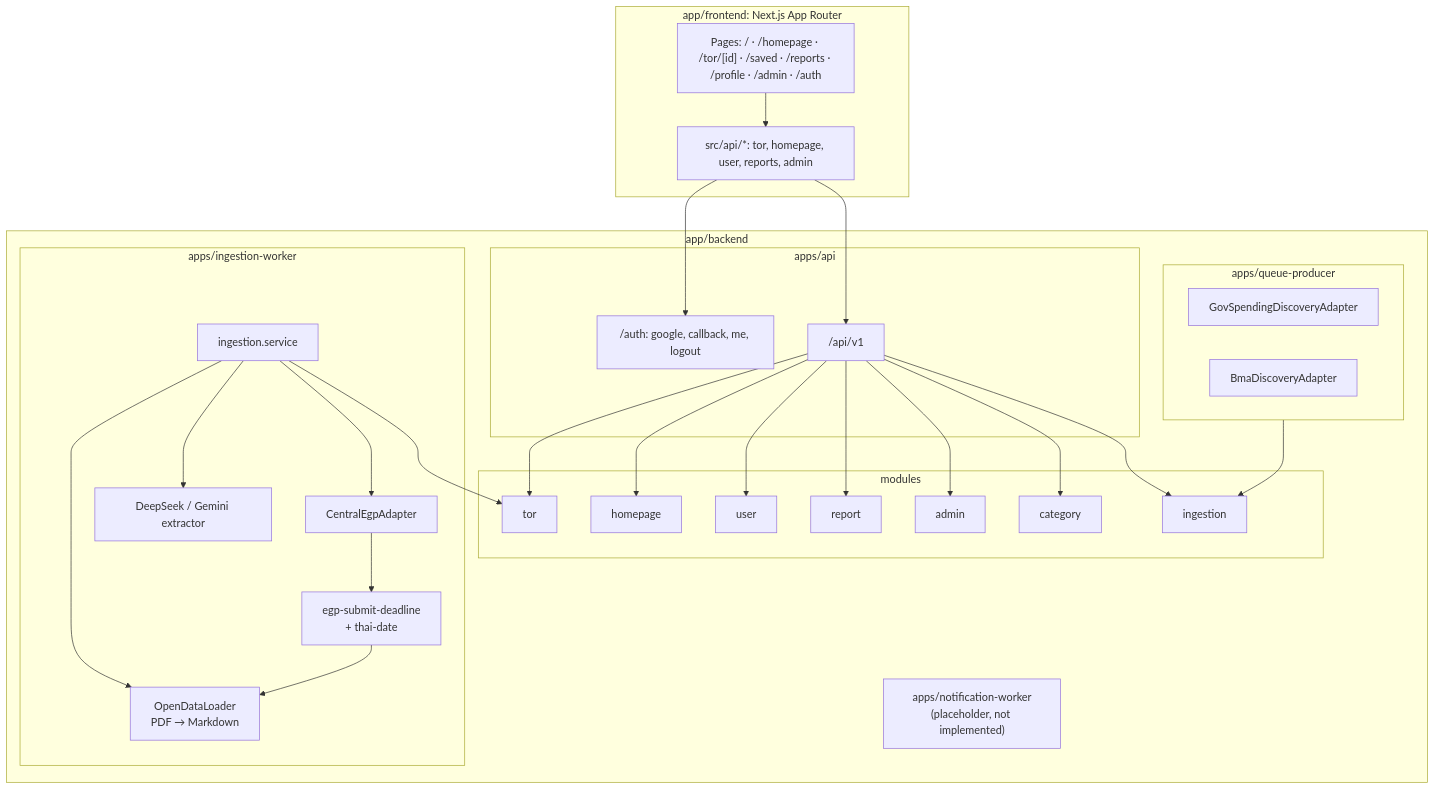
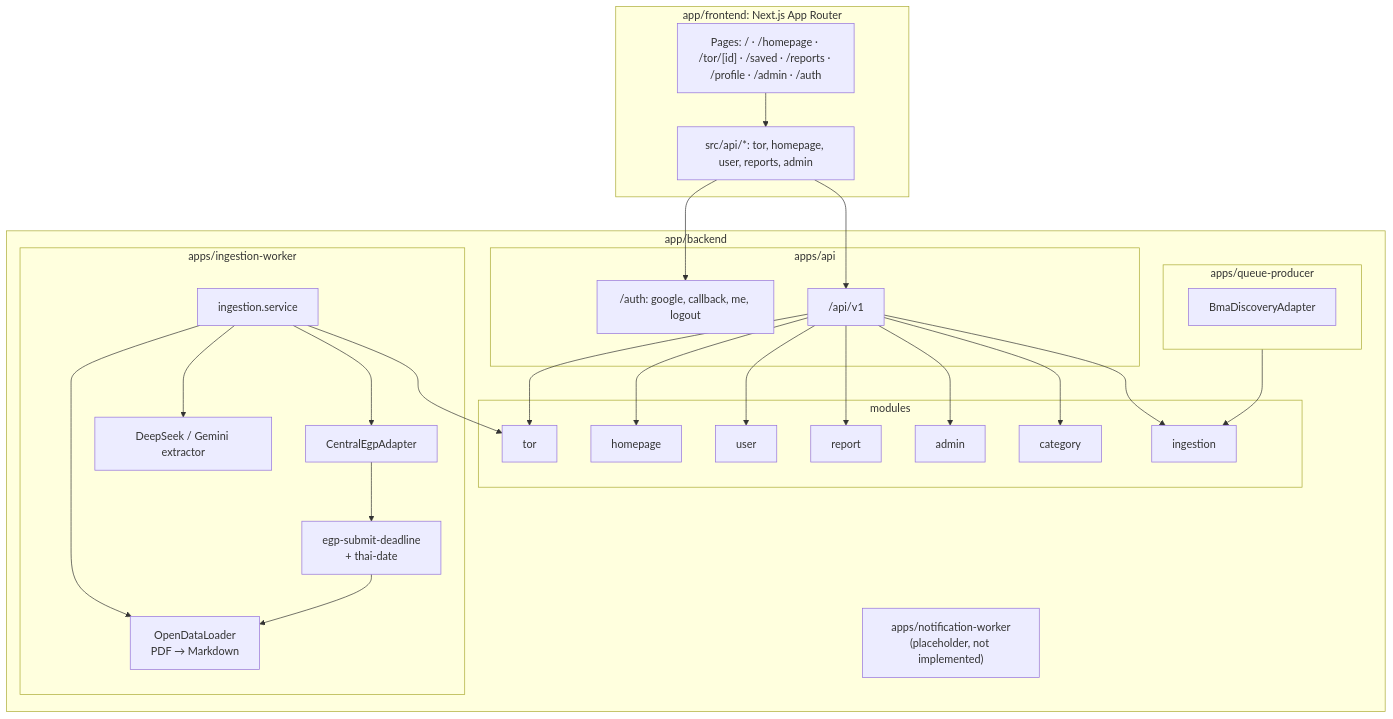
One commit to Doggo-CSP/TORPulse changed the second of 5 diagrams in docs/system-architecture.md. Above: the diagram before and after it, drawn with Mermaid. The commit also changed other lines of this file and 24 other files, not shown here.

````diff
--- a/docs/system-architecture.md
+++ b/docs/system-architecture.md
@@ -41,46 +39,45 @@
 ```mermaid
 flowchart TB
   subgraph frontend[app/frontend: Next.js App Router]
     pages["Pages: / · /homepage · /tor/[id] · /saved · /reports · /profile · /admin · /auth"]
     apiClient["src/api/*: tor, homepage, user, reports, admin"]
     pages --> apiClient
   end
 
   subgraph backend[app/backend]
     subgraph apiApp[apps/api]
       auth["/auth: google, callback, me, logout"]
       v1["/api/v1"]
     end
     subgraph modules[modules]
       torM[tor]
       homeM[homepage]
       userM[user]
       reportM[report]
       adminM[admin]
       catM[category]
       ingM[ingestion]
     end
     subgraph producerApp[apps/queue-producer]
-      govA[GovSpendingDiscoveryAdapter]
       bmaA[BmaDiscoveryAdapter]
     end
     subgraph workerApp[apps/ingestion-worker]
       svc[ingestion.service]
       egpA[CentralEgpAdapter]
       odl[OpenDataLoader<br/>PDF → Markdown]
       llm[DeepSeek / Gemini extractor]
       deadline[egp-submit-deadline<br/>+ thai-date]
     end
     notif["apps/notification-worker<br/>(placeholder, not implemented)"]
   end
 
   apiClient --> auth
   apiClient --> v1
   v1 --> torM & homeM & userM & reportM & adminM & catM & ingM
   producerApp --> ingM
   svc --> egpA
   svc --> odl
   svc --> llm
   egpA --> deadline --> odl
   svc --> torM
 ```
````
